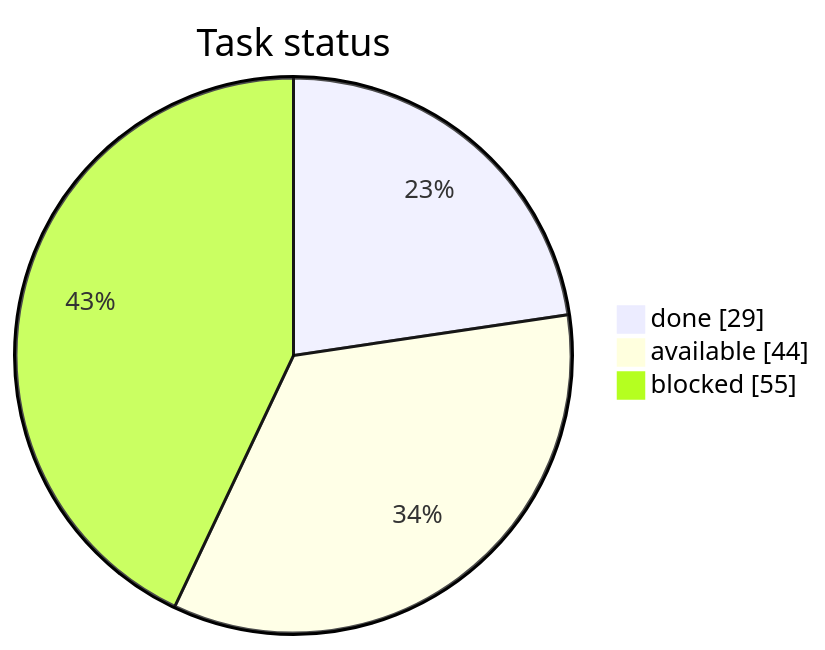
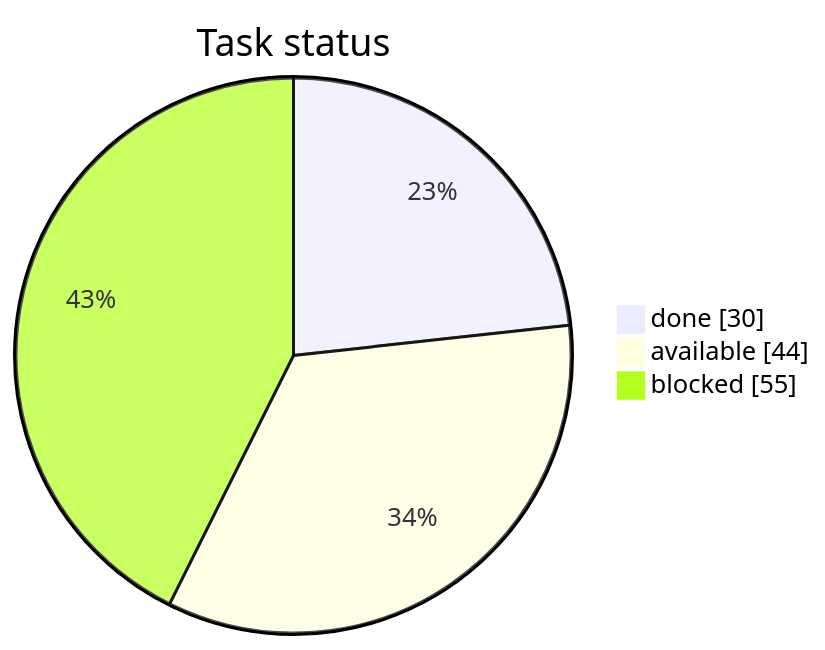
One commit to artemiiShabanov/RallyRivals changed the first of 3 diagrams in STATUS.md. Above: the diagram before and after it, drawn with Mermaid. The commit also changed other lines of this file and 4 other files, not shown here.

````diff
--- a/STATUS.md
+++ b/STATUS.md
@@ -7,7 +7,7 @@
 ```mermaid
 pie showData
     title Task status
-    "done" : 29
+    "done" : 30
     "available" : 44
     "blocked" : 55
 ```
````
